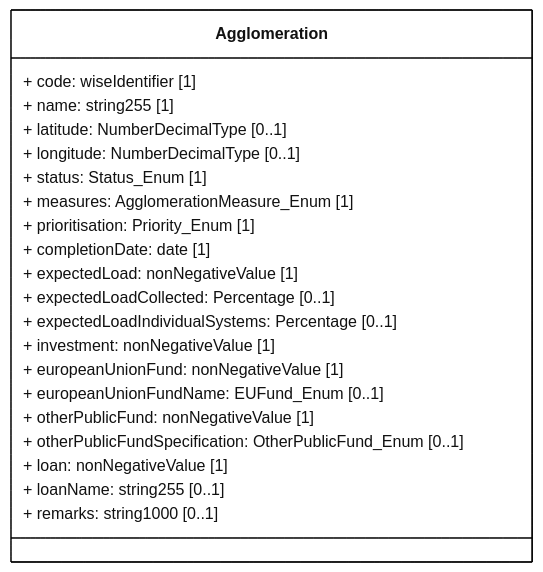
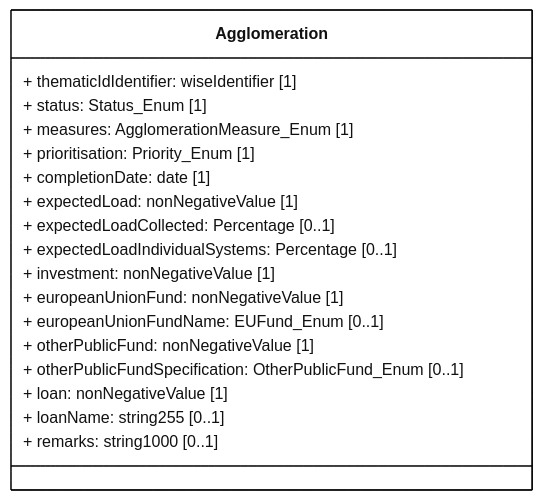
The diagram in docs/rUWWTD2024/Article23/mmd/Article23_Agglomeration_ClassDiagram.mmd (eeadata/WISE.UWWTD.Documentation), drawn with Mermaid before and after one commit. The commit also changed 20 other files, not shown here.

```diff
--- a/docs/rUWWTD2024/Article23/mmd/Article23_Agglomeration_ClassDiagram.mmd
+++ b/docs/rUWWTD2024/Article23/mmd/Article23_Agglomeration_ClassDiagram.mmd
@@ -1,36 +1,33 @@
 ---
 config:
   class:
     hideEmptyMembersBox: true
   layout: dagre
   theme: neutral
 ---
 classDiagram
 direction LR
 
 class Agglomeration{
-    + code: wiseIdentifier [1]
-    + name: string255 [1]
-    + latitude: NumberDecimalType [0..1]
-    + longitude: NumberDecimalType [0..1]
+    + thematicIdIdentifier: wiseIdentifier [1]
     + status: Status_Enum [1]
     + measures: AgglomerationMeasure_Enum [1]
     + prioritisation: Priority_Enum [1]
 
     + completionDate: date [1]
     + expectedLoad: nonNegativeValue [1]
     + expectedLoadCollected: Percentage [0..1]
     + expectedLoadIndividualSystems: Percentage [0..1]
 
     + investment: nonNegativeValue [1]
     + europeanUnionFund: nonNegativeValue [1]
     + europeanUnionFundName: EUFund_Enum [0..1]
     + otherPublicFund: nonNegativeValue [1]
     + otherPublicFundSpecification: OtherPublicFund_Enum [0..1]
     + loan: nonNegativeValue [1]
     + loanName: string255 [0..1]
     + remarks: string1000 [0..1]
 }
 
 classDef default fill:white,stroke:#000;
 classDef forFixing fill:white,stroke:#f00;
```
